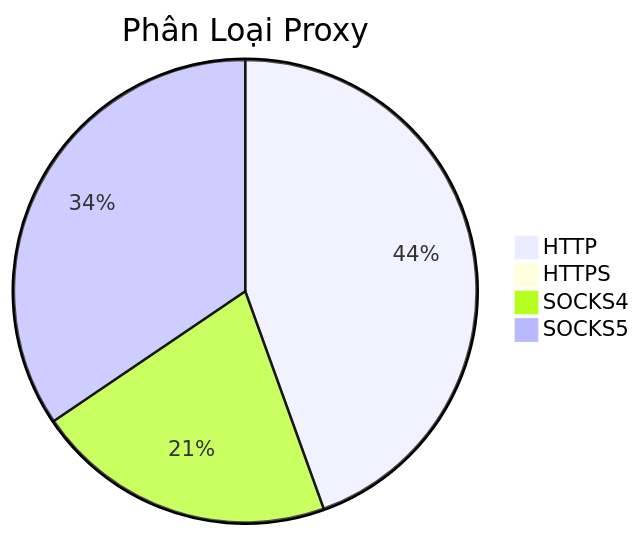
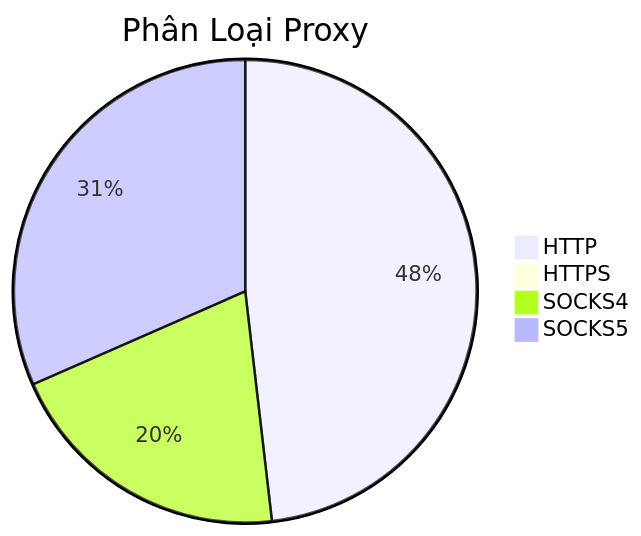
Before and after one commit to Ciara-Aa/PROXY-free: the diagram in README.md, drawn with Mermaid. The commit also changed other lines of this file and 4 other files, not shown here.

````diff
--- a/README.md
+++ b/README.md
@@ -26,7 +26,7 @@
 ```mermaid
 pie title Phân Loại Proxy
-    "HTTP" : 311
-    "HTTPS" : 2
-    "SOCKS4" : 147
-    "SOCKS5" : 241
+    "HTTP" : 366
+    "HTTPS" : 3
+    "SOCKS4" : 154
+    "SOCKS5" : 240
 ```
````
